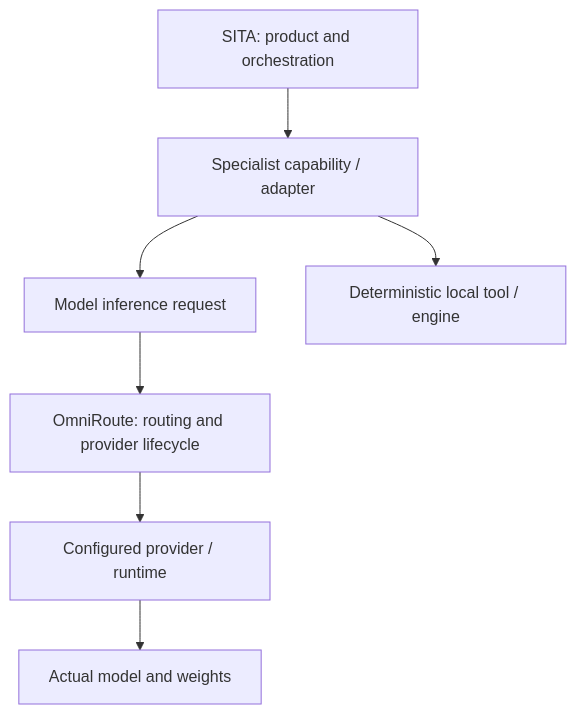
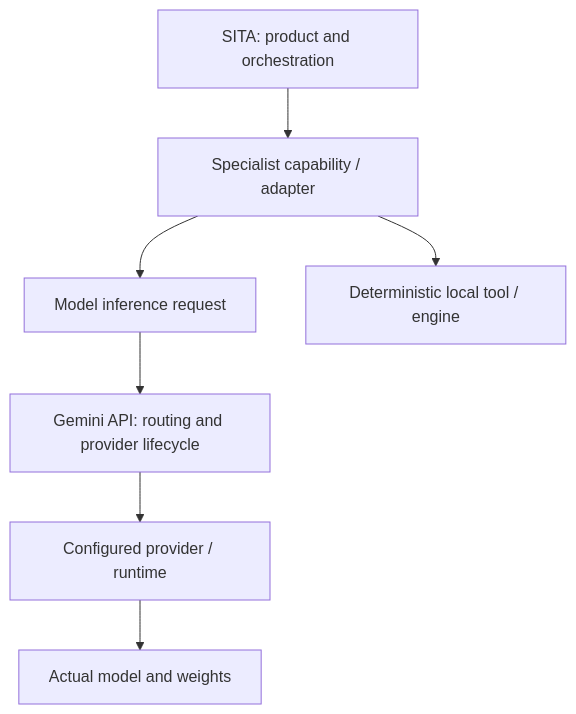
The tenth of 12 diagrams in README.md (deathkernel/SITA), drawn with Mermaid before and after one commit. The commit also changed other lines of this file, not shown here.

Commit message:
Update README model provider references to Gemini

````diff
--- a/README.md
+++ b/README.md
@@ -475,9 +475,9 @@
 ```mermaid
 flowchart TB
   App[SITA: product and orchestration] --> Capability[Specialist capability / adapter]
   Capability --> Inference[Model inference request]
-  Inference --> Omni[OmniRoute: routing and provider lifecycle]
+  Inference --> Omni[Gemini API: routing and provider lifecycle]
   Omni --> Runtime[Configured provider / runtime]
   Runtime --> Model[Actual model and weights]
   Capability --> Tool[Deterministic local tool / engine]
 ```
````
